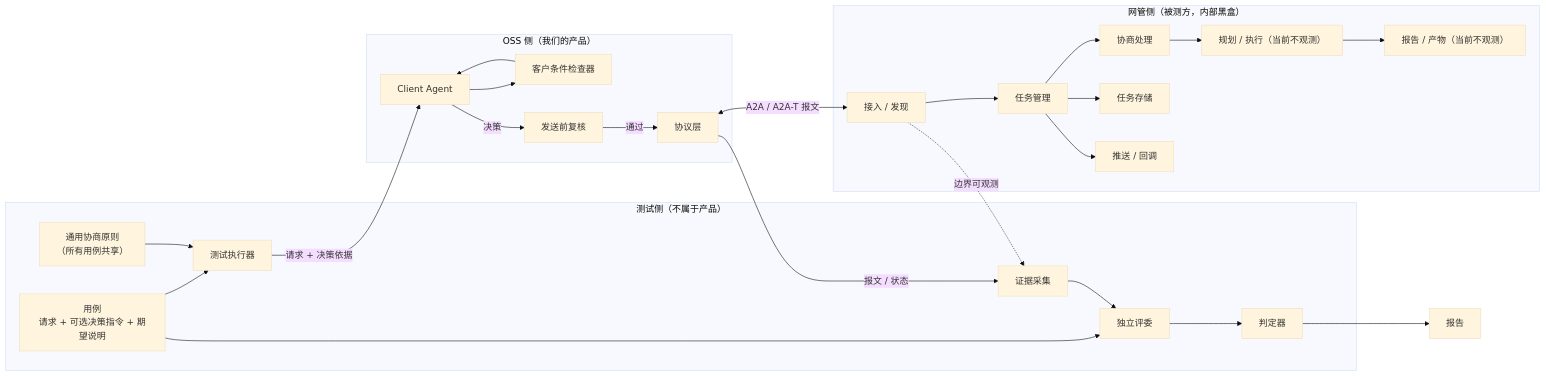
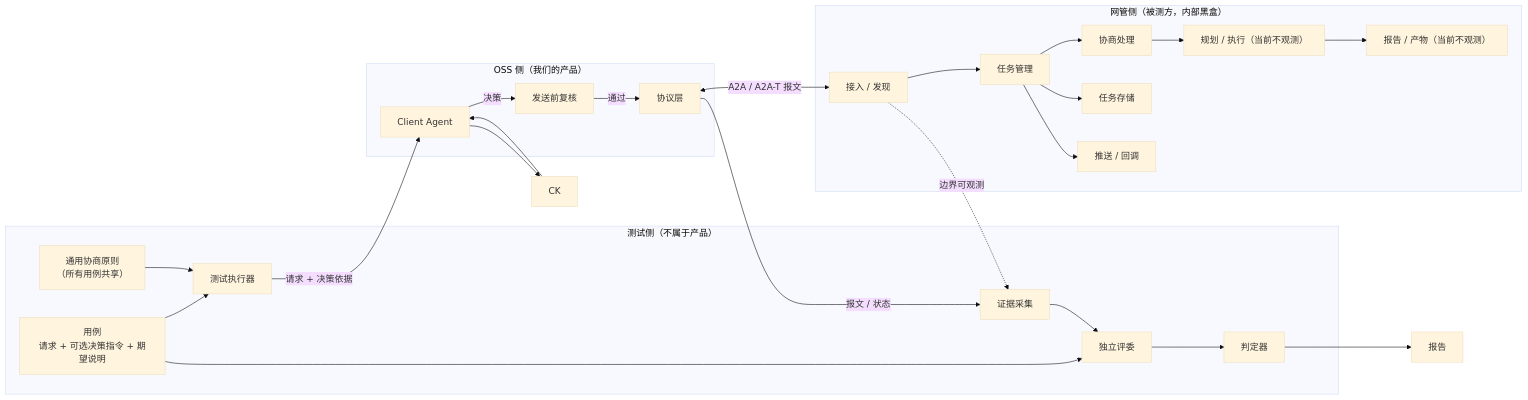
Before and after one commit to project-openan/a2a-t-sdk-python: the first of 12 diagrams in a2a-t-sample/ran-energy-saving/TESTER-ARCHITECTURE.md, drawn with Mermaid (base theme). The commit also changed other lines of this file and 9 other files, not shown here.

````diff
--- a/a2a-t-sample/ran-energy-saving/TESTER-ARCHITECTURE.md
+++ b/a2a-t-sample/ran-energy-saving/TESTER-ARCHITECTURE.md
@@ -13,50 +13,49 @@
 ```mermaid
 flowchart LR
   subgraph TEST["测试侧（不属于产品）"]
     C["用例<br/>请求 + 可选决策指令 + 期望说明"]
     GP["通用协商原则<br/>（所有用例共享）"]
     H["测试执行器"]
     EV["证据采集"]
     JD["判定器"]
     JI["独立评委"]
   end
 
   subgraph OSS["OSS 侧（我们的产品）"]
     CA["Client Agent"]
-    CK["客户条件检查器"]
     G["发送前复核"]
     PL["协议层"]
   end
 
   subgraph NMS["网管侧（被测方，内部黑盒）"]
     N1["接入 / 发现"]
     N2["任务管理"]
     N3["协商处理"]
     N4["规划 / 执行（当前不观测）"]
     N5["任务存储"]
     N6["推送 / 回调"]
     N7["报告 / 产物（当前不观测）"]
   end
 
   C --> H
   GP --> H
   H -- "请求 + 决策依据" --> CA
   CA --> CK
   CK --> CA
   CA -- "决策" --> G
   G -- "通过" --> PL
   PL <-->|"A2A / A2A-T 报文"| N1
   N1 --> N2
   N2 --> N3
   N2 --> N5
   N2 --> N6
   N3 --> N4
   N4 --> N7
 
   PL -- "报文 / 状态" --> EV
   N1 -. "边界可观测" .-> EV
   C --> JI
   EV --> JI
   JI --> JD
   JD --> X["报告"]
 ```
````
